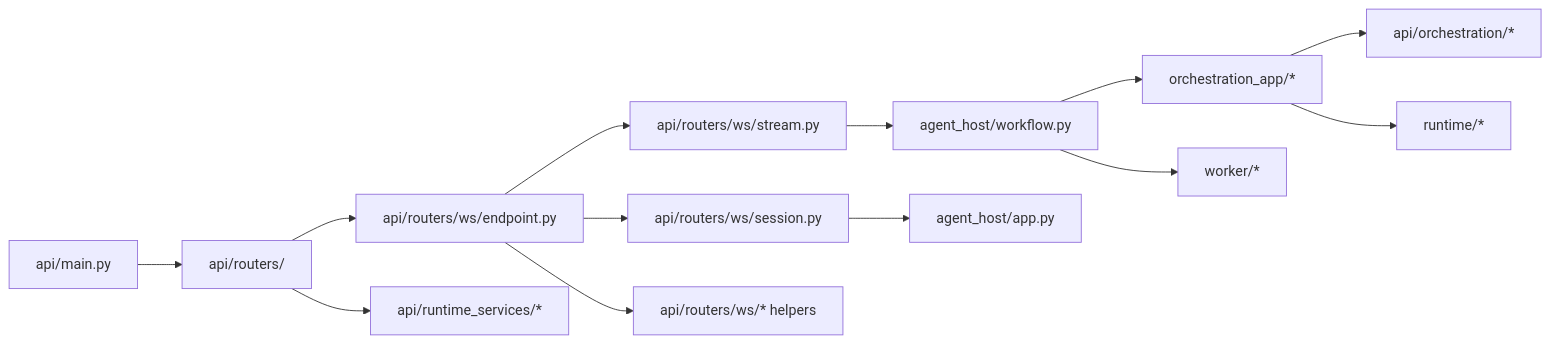
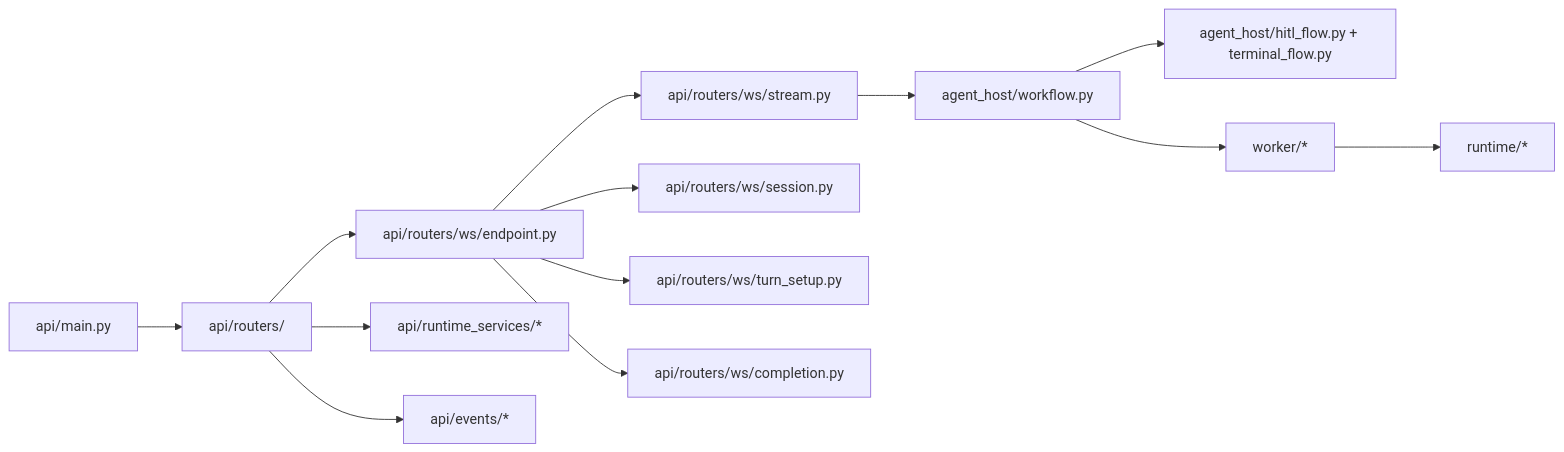
One commit to Qredence/fleet-rlm changed the third of 3 diagrams in docs/reference/module-map.md. Above: the diagram before and after it, drawn with Mermaid. The commit also changed other lines of this file and 25 other files, not shown here.

````diff
--- a/docs/reference/module-map.md
+++ b/docs/reference/module-map.md
@@ -93,29 +63,29 @@
 ```mermaid
 graph LR
     APP["api/main.py"]
     ROUTERS["api/routers/"]
     WS_ENDPOINT["api/routers/ws/endpoint.py"]
     WS_STREAM["api/routers/ws/stream.py"]
     WS_SESSION["api/routers/ws/session.py"]
-    WS_HELPERS["api/routers/ws/* helpers"]
+    WS_TURN_SETUP["api/routers/ws/turn_setup.py"]
+    WS_COMPLETION["api/routers/ws/completion.py"]
     RUNTIME_SERVICES["api/runtime_services/*"]
+    EVENTS["api/events/*"]
     HOST_WORKFLOW["agent_host/workflow.py"]
-    HOST_APP["agent_host/app.py"]
-    BRIDGE["orchestration_app/*"]
-    API_BRIDGE["api/orchestration/*"]
+    HOST_POLICY["agent_host/hitl_flow.py + terminal_flow.py"]
     WORKER["worker/*"]
     RUNTIME["runtime/*"]
 
     APP --> ROUTERS
     ROUTERS --> WS_ENDPOINT
     ROUTERS --> RUNTIME_SERVICES
+    ROUTERS --> EVENTS
+    WS_ENDPOINT --> WS_STREAM
     WS_ENDPOINT --> WS_SESSION
-    WS_ENDPOINT --> WS_STREAM
-    WS_ENDPOINT --> WS_HELPERS
+    WS_ENDPOINT --> WS_TURN_SETUP
+    WS_ENDPOINT --> WS_COMPLETION
     WS_STREAM --> HOST_WORKFLOW
-    WS_SESSION --> HOST_APP
-    HOST_WORKFLOW --> BRIDGE
+    HOST_WORKFLOW --> HOST_POLICY
     HOST_WORKFLOW --> WORKER
-    BRIDGE --> API_BRIDGE
-    BRIDGE --> RUNTIME
+    WORKER --> RUNTIME
 ```
````
